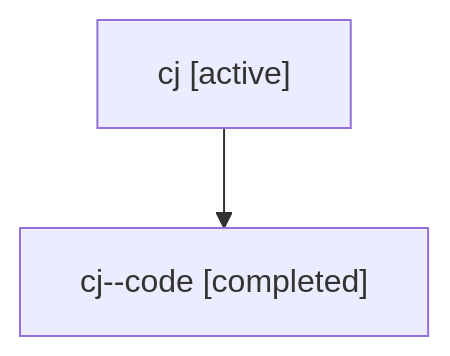
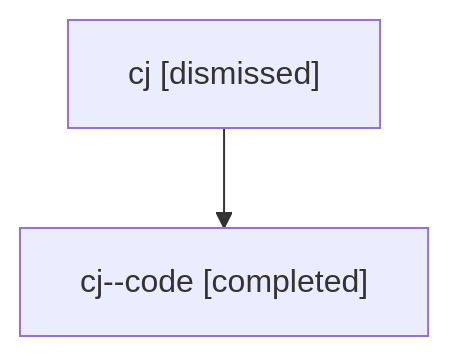
One commit to sase-org/sase--agents changed the diagram in sessions/bbugyi200.athena.cj.md. Above: the diagram before and after it, drawn with Mermaid. The commit also changed other lines of this file and 351 other files, not shown here.

````diff
--- a/sessions/bbugyi200.athena.cj.md
+++ b/sessions/bbugyi200.athena.cj.md
@@ -9,6 +9,6 @@
 ```mermaid
 flowchart TD
-  n0["cj [active]"]
+  n0["cj [dismissed]"]
   n1["cj--code [completed]"]
   n0 --> n1
 ```
````
